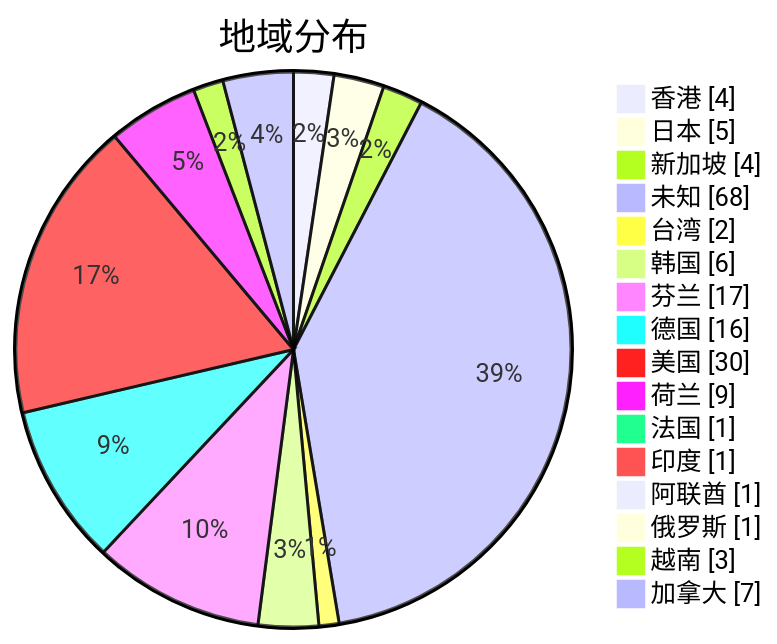
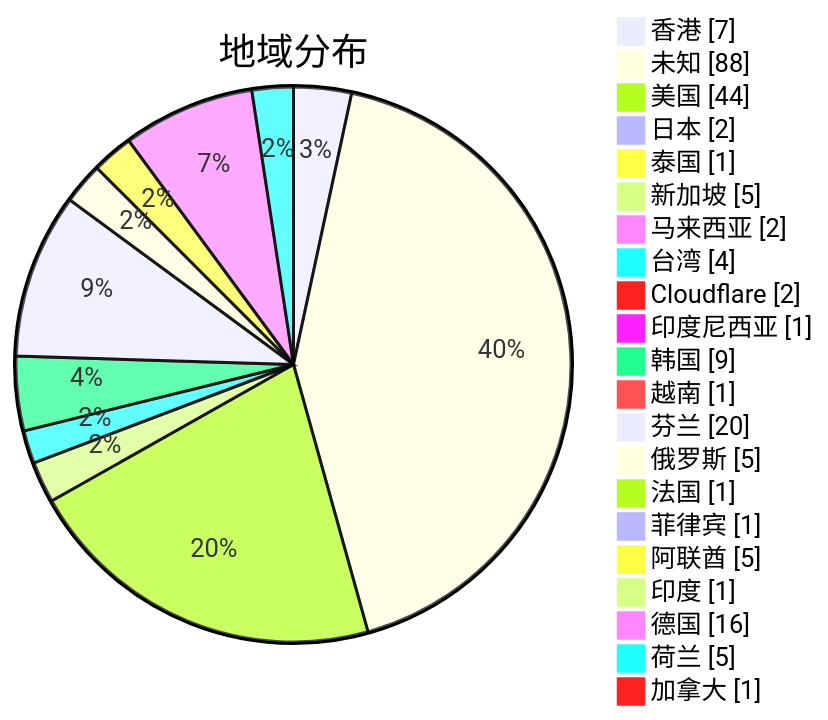
One commit to sinspired/airport changed the second of 3 diagrams in subs/statistics/tested_within.md. Above: the diagram before and after it, drawn with Mermaid. The commit also changed other lines of this file and 2 other files, not shown here.

Commit message:
Committed by metaST

````diff
--- a/subs/statistics/tested_within.md
+++ b/subs/statistics/tested_within.md
@@ -14,20 +14,25 @@
 ```mermaid
 pie showData
 title 地域分布
-"香港" : 4
-"日本" : 5
-"新加坡" : 4
-"未知" : 68
-"台湾" : 2
-"韩国" : 6
-"芬兰" : 17
+"香港" : 7
+"未知" : 88
+"美国" : 44
+"日本" : 2
+"泰国" : 1
+"新加坡" : 5
+"马来西亚" : 2
+"台湾" : 4
+"Cloudflare" : 2
+"印度尼西亚" : 1
+"韩国" : 9
+"越南" : 1
+"芬兰" : 20
+"俄罗斯" : 5
+"法国" : 1
+"菲律宾" : 1
+"阿联酋" : 5
+"印度" : 1
 "德国" : 16
-"美国" : 30
-"荷兰" : 9
-"法国" : 1
-"印度" : 1
-"阿联酋" : 1
-"俄罗斯" : 1
-"越南" : 3
-"加拿大" : 7
+"荷兰" : 5
+"加拿大" : 1
 ```
````
